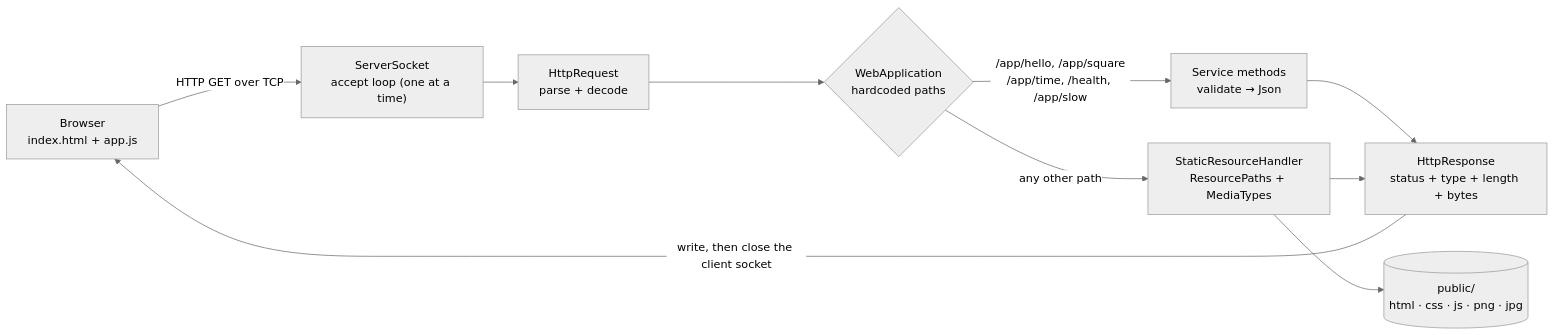
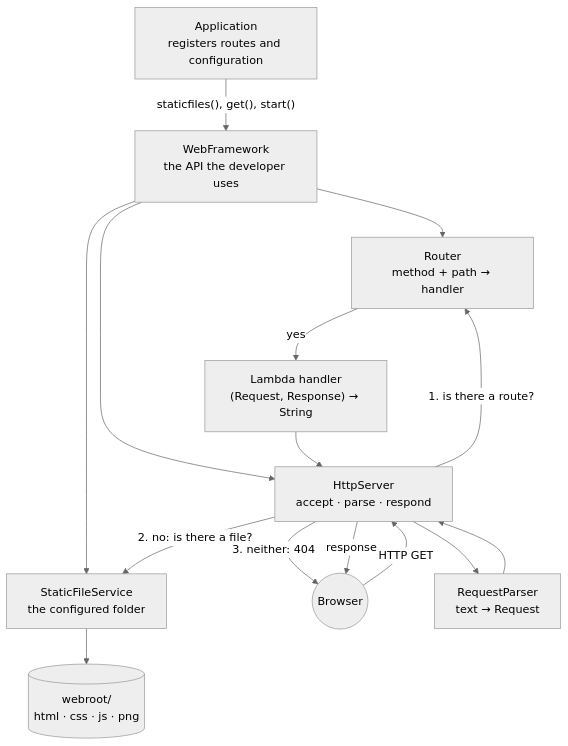
Before and after one commit to SoullessSapo/Minimal-HTTP-Server-to-a-Web-Application-on-AWS: the diagram in README.md, drawn with Mermaid (neutral theme). The commit also changed other lines of this file and 14 other files, not shown here.

````diff
--- a/README.md
+++ b/README.md
@@ -82,12 +81,18 @@
 ```mermaid
-flowchart LR
-    B["Browser<br/>index.html + app.js"] -->|"HTTP GET over TCP"| S["ServerSocket<br/>accept loop (one at a time)"]
-    S --> R["HttpRequest<br/>parse + decode"]
-    R --> W{"WebApplication<br/>hardcoded paths"}
-    W -->|"/app/hello, /app/square<br/>/app/time, /health, /app/slow"| SV["Service methods<br/>validate → Json"]
-    W -->|"any other path"| ST["StaticResourceHandler<br/>ResourcePaths + MediaTypes"]
-    ST --> F[("public/<br/>html · css · js · png · jpg")]
-    SV --> RS["HttpResponse<br/>status + type + length + bytes"]
-    ST --> RS
-    RS -->|"write, then close the client socket"| B
+flowchart TD
+    A["Application<br/>registers routes and configuration"] -->|"staticfiles(), get(), start()"| F["WebFramework<br/>the API the developer uses"]
+    F --> R["Router<br/>method + path → handler"]
+    F --> SF["StaticFileService<br/>the configured folder"]
+    F --> S["HttpServer<br/>accept · parse · respond"]
+
+    B(("Browser")) -->|"HTTP GET"| S
+    S --> P["RequestParser<br/>text → Request"]
+    P --> S
+    S -->|"1. is there a route?"| R
+    R -->|"yes"| H["Lambda handler<br/>(Request, Response) → String"]
+    S -->|"2. no: is there a file?"| SF
+    SF --> FS[("webroot/<br/>html · css · js · png")]
+    H --> S
+    S -->|"3. neither: 404"| B
+    S -->|"response"| B
 ```
````
